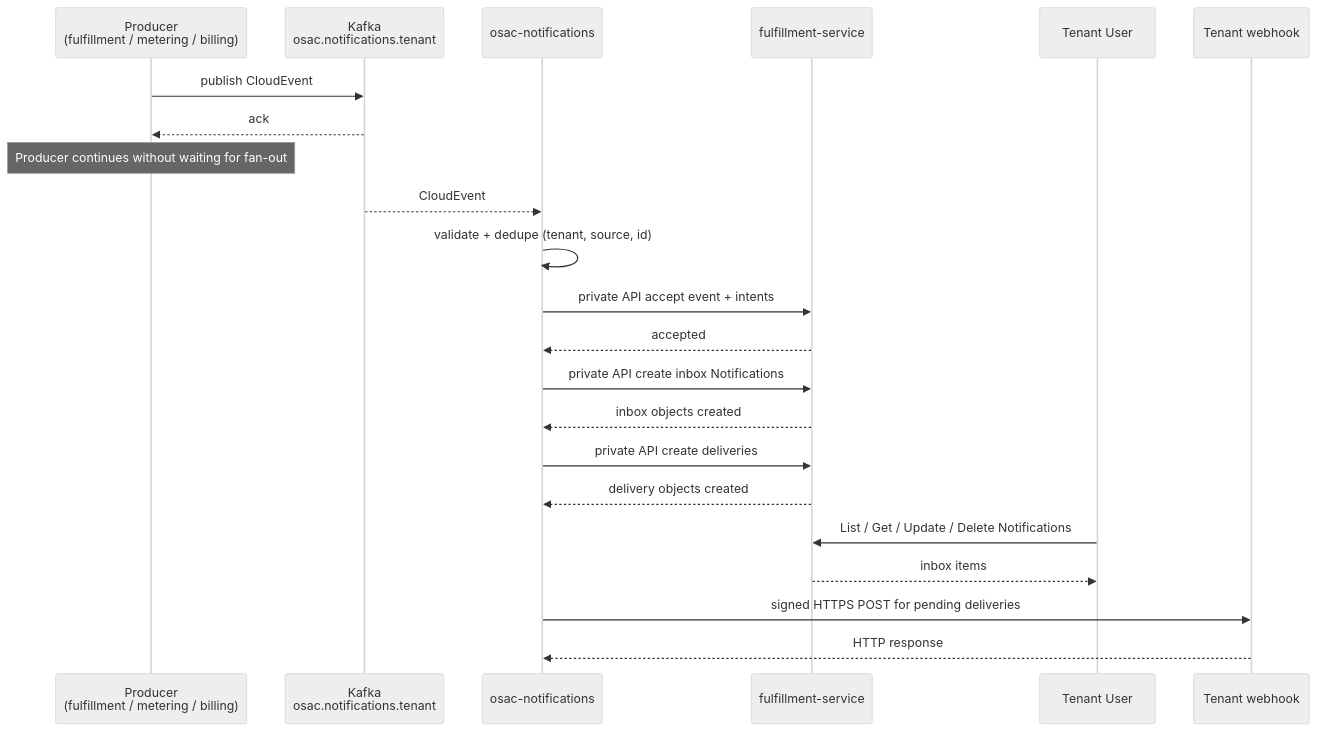
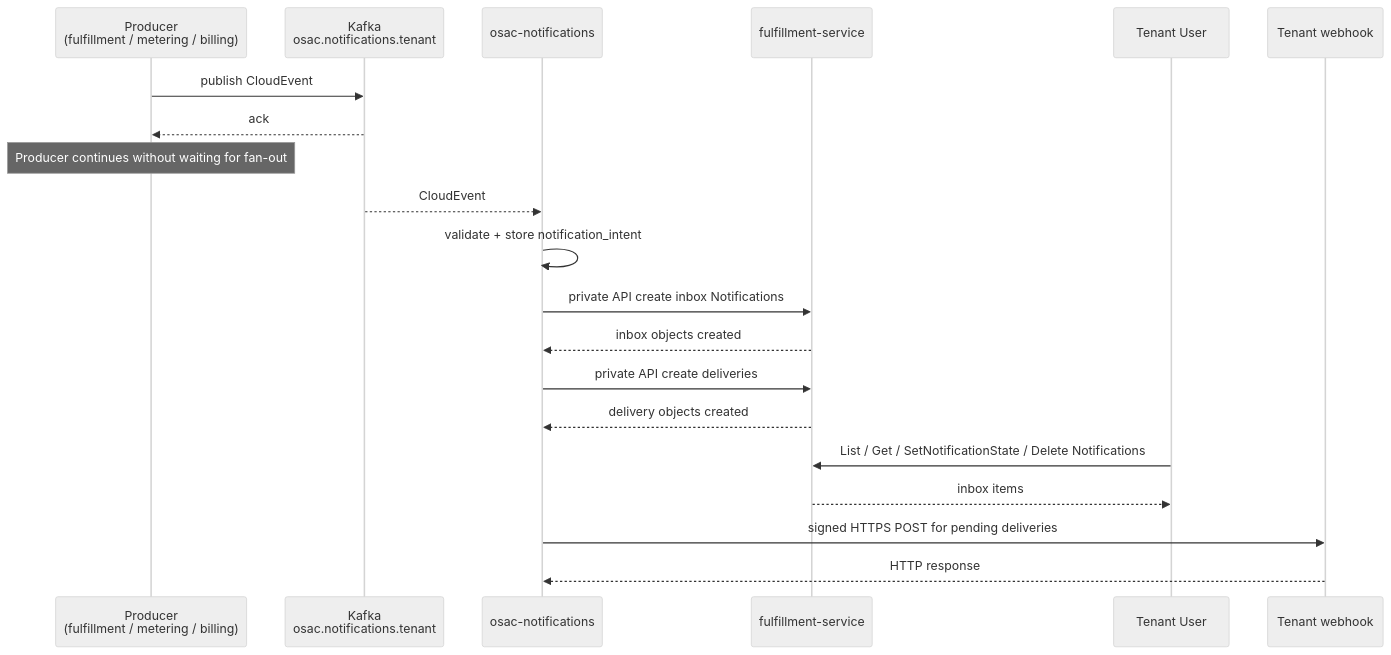
Before and after one commit to osac-project/enhancement-proposals: the second of 2 diagrams in enhancements/OSAC-75-notifications/design.md, drawn with Mermaid (neutral theme). The commit also changed other lines of this file, not shown here.

````diff
--- a/enhancements/OSAC-75-notifications/design.md
+++ b/enhancements/OSAC-75-notifications/design.md
@@ -90,24 +90,22 @@
 ```mermaid
 sequenceDiagram
     participant Prod as Producer <br>(fulfillment / metering / billing)
     participant Kafka as Kafka <br>osac.notifications.tenant
     participant N as osac-notifications
     participant FS as fulfillment-service
     participant User as Tenant User
     participant Hook as Tenant webhook
     Prod ->> Kafka: publish CloudEvent
     Kafka -->> Prod: ack
     Note over Prod: Producer continues without waiting for fan-out
     Kafka -->> N: CloudEvent
-    N ->> N: validate + dedupe (tenant, source, id)
-    N ->> FS: private API accept event + intents
-    FS -->> N: accepted
+    N ->> N: validate + store notification_intent
     N ->> FS: private API create inbox Notifications
     FS -->> N: inbox objects created
     N ->> FS: private API create deliveries
     FS -->> N: delivery objects created
-    User ->> FS: List / Get / Update / Delete Notifications
+    User ->> FS: List / Get / SetNotificationState / Delete Notifications
     FS -->> User: inbox items
     N ->> Hook: signed HTTPS POST for pending deliveries
     Hook -->> N: HTTP response
 ```
````
